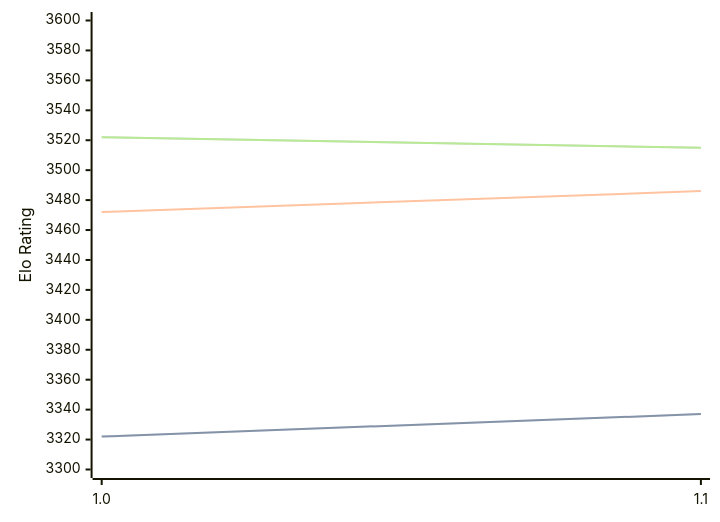
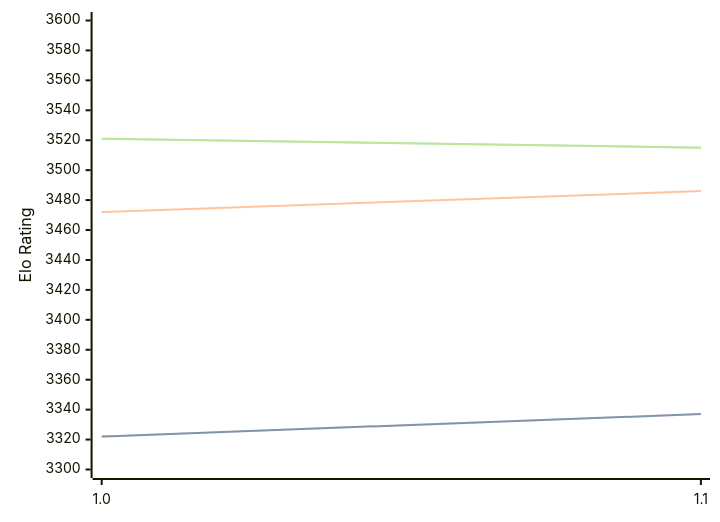
Before and after one commit to computer-chess-index/cci: the diagram in engines/Horsie.md, drawn with Mermaid. The commit also changed other lines of this file, not shown here.

Commit message:
Update CCI Ratings (ELO VLTC) - 2026-07-21

````diff
--- a/engines/Horsie.md
+++ b/engines/Horsie.md
@@ -32,11 +32,11 @@
 ```mermaid
 %%{init: {"theme":"base","themeVariables":{"seriesColors:['#a3a3a3','#222221','#faa371']}}}%%
 xychart-beta
   x-axis ["1.0", "1.1"]
   y-axis "Elo Rating" 3300 --> 3600
   line "STC (8.0+0.08s)" [3322, 3337]
   line "STC (8.0+0.08s)" [3322, 3337]
   line "LTC (60.0+0.60s)" [3472, 3486]
-  line "VLTC (2m24s+1.12s)" [3522, 3515]
-  line "VLTC (2m24s+1.12s)" [3522, 3515]
+  line "VLTC (2m24s+1.12s)" [3521, 3515]
+  line "VLTC (2m24s+1.12s)" [3521, 3515]
 ```
````
